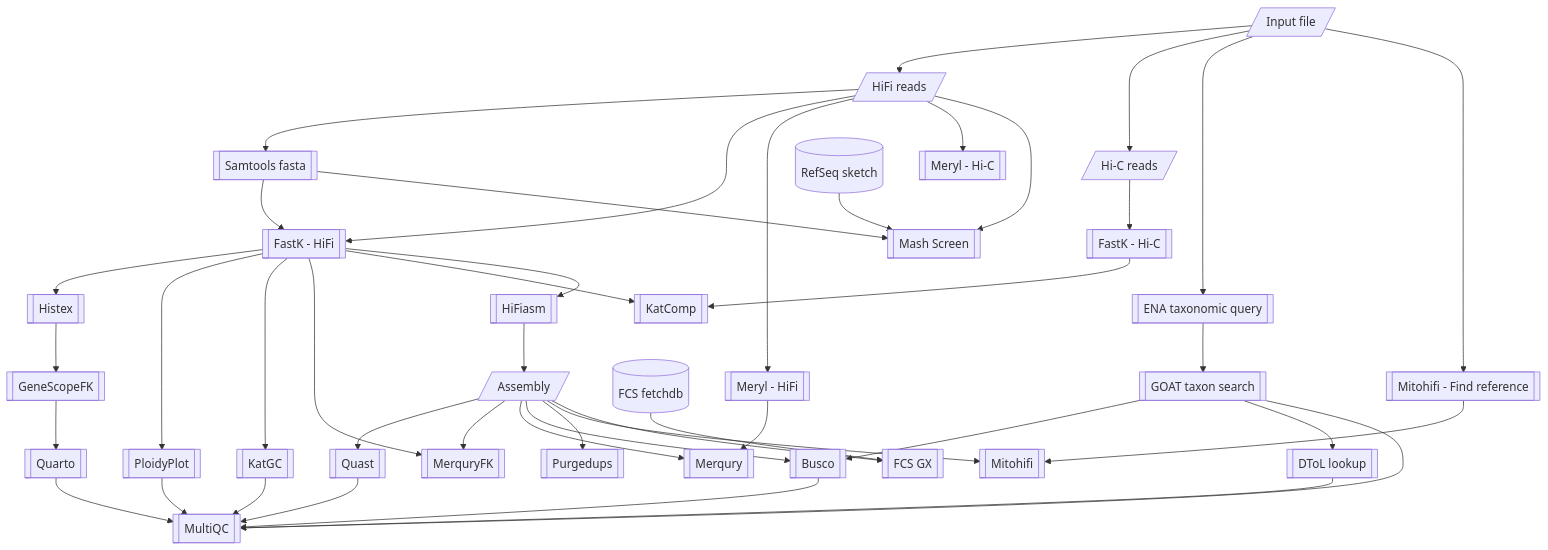
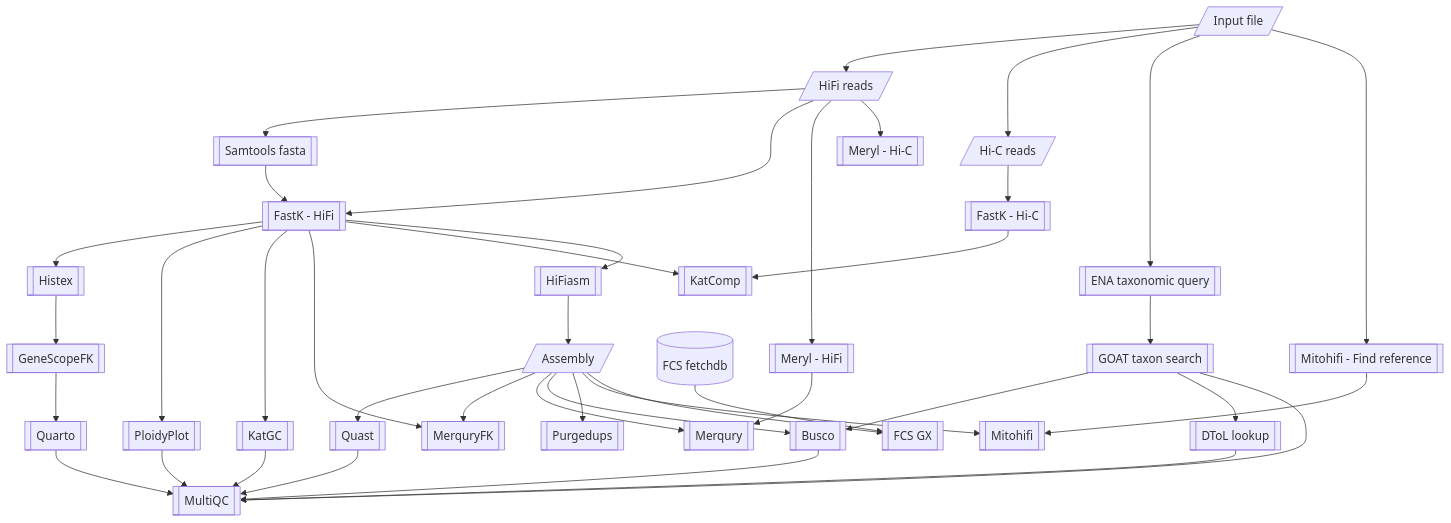
One commit to NBISweden/Earth-Biogenome-Project-pilot changed the second of 2 diagrams in README.md. Above: the diagram before and after it, drawn with Mermaid. The commit also changed 8 other files, not shown here.

Commit message:
Remove mash screen

````diff
--- a/README.md
+++ b/README.md
@@ -23,46 +23,43 @@
 ```mermaid
 flowchart TD
     input[/ Input file/] --> hifi
     input --> hic
     input --> taxquery[[ ENA taxonomic query ]]
     taxquery --> goat_taxon[[ GOAT taxon search ]]
     goat_taxon --> busco
     goat_taxon --> dtol[[ DToL lookup ]]
     hifi --> samtools_fa[[ Samtools fasta ]]
     samtools_fa --> fastk_hifi
-    samtools_fa --> mash_screen
     hifi[/ HiFi reads /] --> fastk_hifi[[ FastK - HiFi ]]
     hifi --> meryl_hifi[[ Meryl - HiFi ]]
     hic[/ Hi-C reads /] --> fastk_hic[[ FastK - Hi-C ]]
     hifi --> meryl_hic[[ Meryl - Hi-C ]]
     assembly[/ Assembly /] --> quast[[ Quast ]]
     fastk_hifi --> histex[[ Histex ]]
     histex --> genescopefk[[ GeneScopeFK ]]
     fastk_hifi --> ploidyplot[[ PloidyPlot ]]
     fastk_hifi --> katgc[[ KatGC ]]
     fastk_hifi --> merquryfk[[ MerquryFK ]]
     assembly --> merquryfk
     meryl_hifi --> merqury[[ Merqury ]]
     assembly --> merqury
     fastk_hifi --> katcomp[[ KatComp ]]
     fastk_hic --> katcomp
     assembly --> busco[[ Busco ]]
-    refseq_sketch[( RefSeq sketch )] --> mash_screen[[ Mash Screen ]]
-    hifi --> mash_screen
     fastk_hifi --> hifiasm[[ HiFiasm ]]
     hifiasm --> assembly
     assembly --> purgedups[[ Purgedups ]]
     input --> mitoref[[ Mitohifi - Find reference ]]
     assembly --> mitohifi[[ Mitohifi ]]
     assembly --> fcsgx[[ FCS GX ]]
     fcs_fetchdb[( FCS fetchdb )] --> fcsgx
     mitoref --> mitohifi
     genescopefk --> quarto[[ Quarto ]]
     goat_taxon --> multiqc[[ MultiQC ]]
     quarto --> multiqc
     dtol --> multiqc
     katgc --> multiqc
     ploidyplot --> multiqc
     busco --> multiqc
     quast --> multiqc
 ```
````
